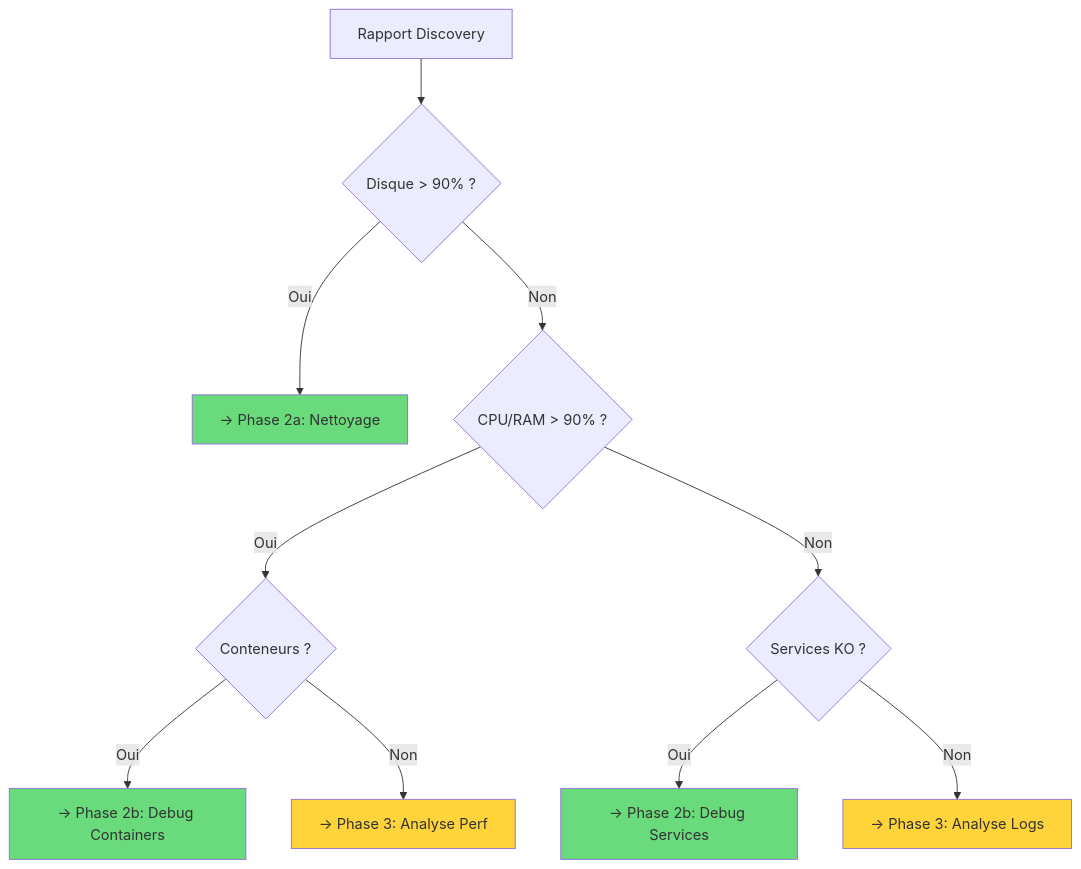
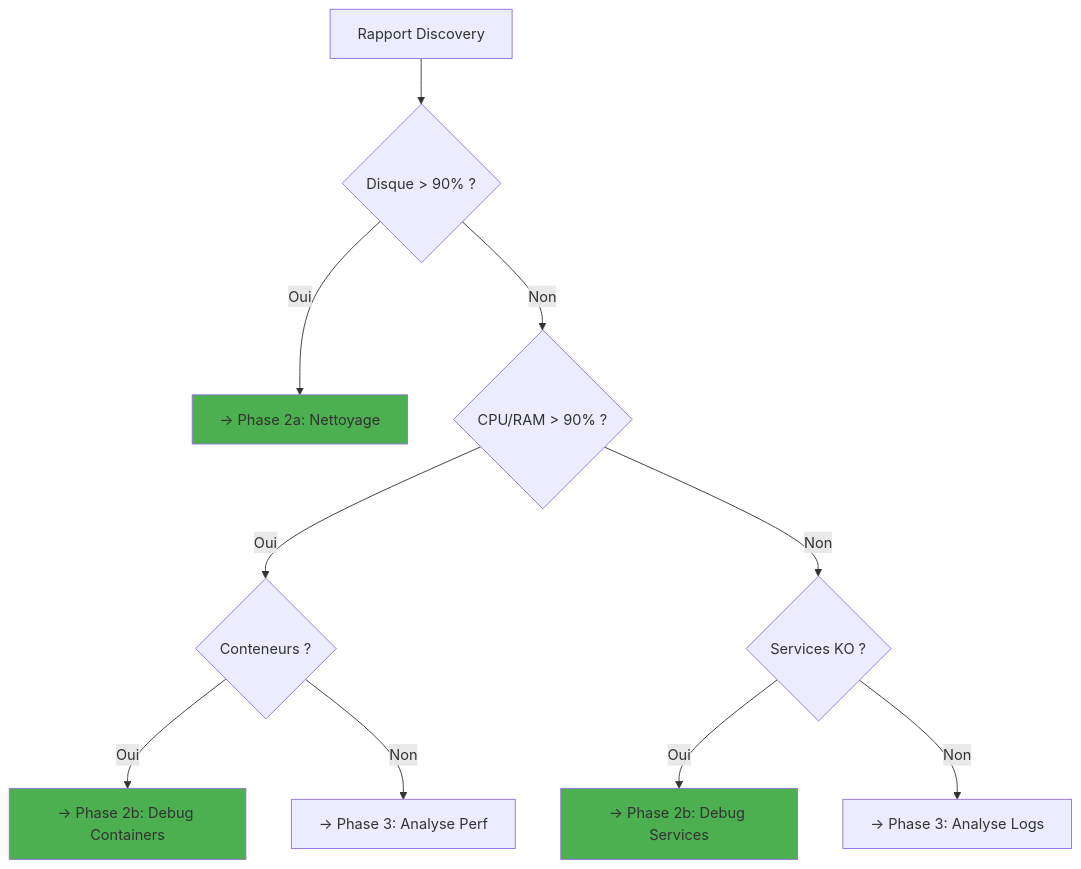
One commit to VBlackJack/ShellBook changed the second of 4 diagrams in docs/playbooks/incident-response.md. Above: the diagram before and after it, drawn with Mermaid. The commit also changed other lines of this file and 337 other files, not shown here.

First line of the commit message:
refactor(docs): Standardize code blocks and Mermaid colors

````diff
--- a/docs/playbooks/incident-response.md
+++ b/docs/playbooks/incident-response.md
@@ -93,20 +93,20 @@
 ```mermaid
 graph TD
     A[Rapport Discovery] --> B{Disque > 90% ?}
     B -->|Oui| C[→ Phase 2a: Nettoyage]
     B -->|Non| D{CPU/RAM > 90% ?}
 
     D -->|Oui| E{Conteneurs ?}
     E -->|Oui| F[→ Phase 2b: Debug Containers]
     E -->|Non| G[→ Phase 3: Analyse Perf]
 
     D -->|Non| H{Services KO ?}
     H -->|Oui| I[→ Phase 2b: Debug Services]
     H -->|Non| J[→ Phase 3: Analyse Logs]
 
-    style C fill:#69db7c
-    style F fill:#69db7c
-    style G fill:#ffd43b
-    style I fill:#69db7c
-    style J fill:#ffd43b
+    style C fill:#4CAF50
+    style F fill:#4CAF50
+    style G fill:#FF9800800800
+    style I fill:#4CAF50
+    style J fill:#FF9800800800
 ```
````
